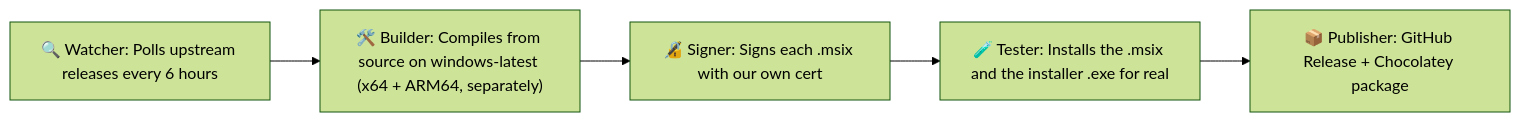
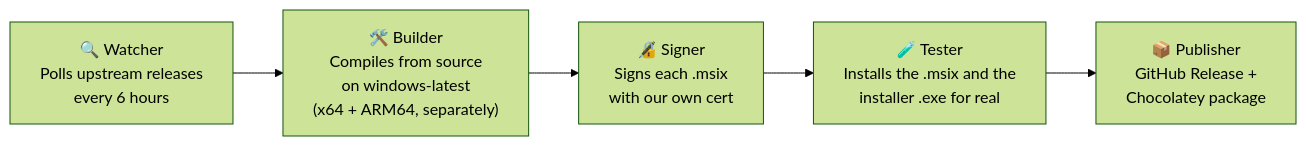
Before and after one commit to tanzim2000/fluentflyout-unofficial: the diagram in README.md, drawn with Mermaid (forest theme). The commit also changed other lines of this file, not shown here.

````diff
--- a/README.md
+++ b/README.md
@@ -18,7 +20,7 @@
 ```mermaid
 flowchart LR
-    A["🔍 Watcher: Polls upstream releases every 6 hours"] --> B["🛠️ Builder: Compiles from source on windows-latest (x64 + ARM64, separately)"]
-    B --> C["🔏 Signer: Signs each .msix with our own cert"]
-    C --> D["🧪 Tester: Installs the .msix and the installer .exe for real"]
-    D --> E["📦 Publisher: GitHub Release + Chocolatey package"]
+    A["🔍 Watcher<br/>Polls upstream releases<br/>every 6 hours"] --> B["🛠️ Builder<br/>Compiles from source<br/>on windows-latest<br/>(x64 + ARM64, separately)"]
+    B --> C["🔏 Signer<br/>Signs each .msix<br/>with our own cert"]
+    C --> D["🧪 Tester<br/>Installs the .msix and the<br/>installer .exe for real"]
+    D --> E["📦 Publisher<br/>GitHub Release +<br/>Chocolatey package"]
 ```
````
